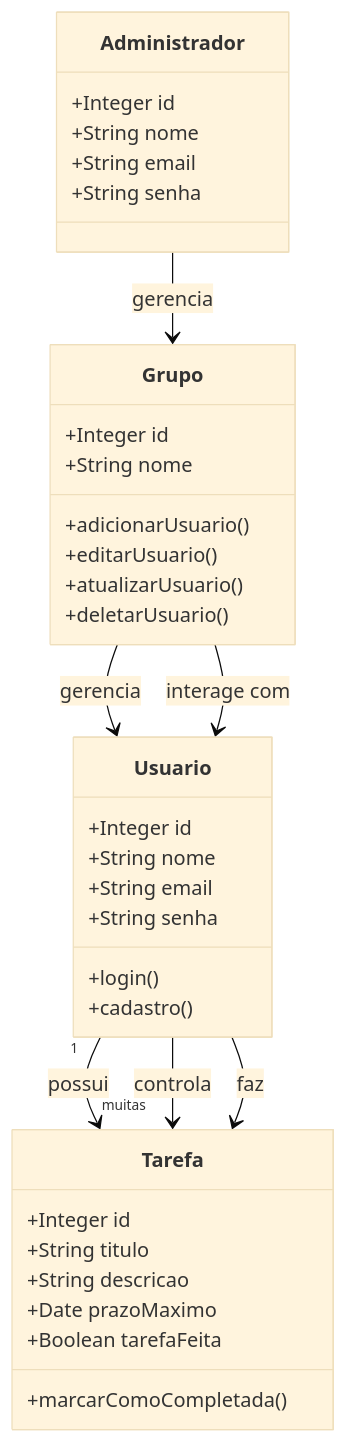
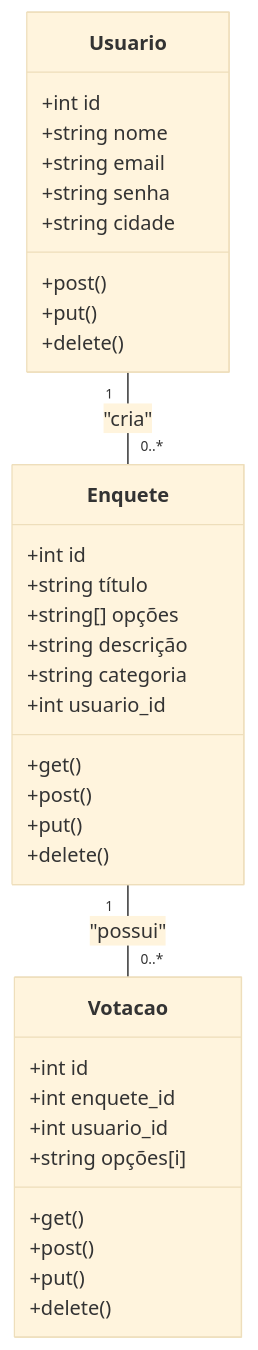
One commit to epicestudar/Votefy changed the second of 4 diagrams in README.md. Above: the diagram before and after it, drawn with Mermaid (base theme). The commit also changed other lines of this file, not shown here.

````diff
--- a/README.md
+++ b/README.md
@@ -112,43 +112,41 @@
 ```mermaid
 classDiagram
     class Usuario {
-        +Integer id
-        +String nome
-        +String email
-        +String senha
-        +login()
-        +cadastro()
+        +int id
+        +string nome
+        +string email
+        +string senha
+        +string cidade
+        +post()
+        +put()
+        +delete()
     }
 
-    class Tarefa {
-        +Integer id
-        +String titulo
-        +String descricao
-        +Date prazoMaximo
-        +Boolean tarefaFeita
-        +marcarComoCompletada()
+    class Enquete {
+        +int id
+        +string título
+        +string[] opções
+        +string descrição
+        +string categoria
+        +int usuario_id
+        +get()
+        +post()
+        +put()
+        +delete()
     }
 
-    class Grupo {
-       +Integer id
-       +String nome
-       +adicionarUsuario()
-       +editarUsuario()
-       +atualizarUsuario()
-       +deletarUsuario()
+    class Votacao {
+        +int id
+        +int enquete_id
+        +int usuario_id
+        +string opções[i]
+        +get()
+        +post()
+        +put()
+        +delete()
     }
 
-    class Administrador {
-       +Integer id
-       +String nome
-       +String email
-       +String senha
-    }
+    Usuario "1" -- "0..*" Enquete : "cria"
+    Enquete "1" -- "0..*" Votacao : "possui"
 
-    Usuario "1" --> "muitas" Tarefa : possui
-    Administrador --> Grupo : gerencia
-    Grupo --> Usuario : gerencia
-    Usuario --> Tarefa : controla
-    Grupo --> Usuario : interage com
-    Usuario --> Tarefa : faz
 ```
````
